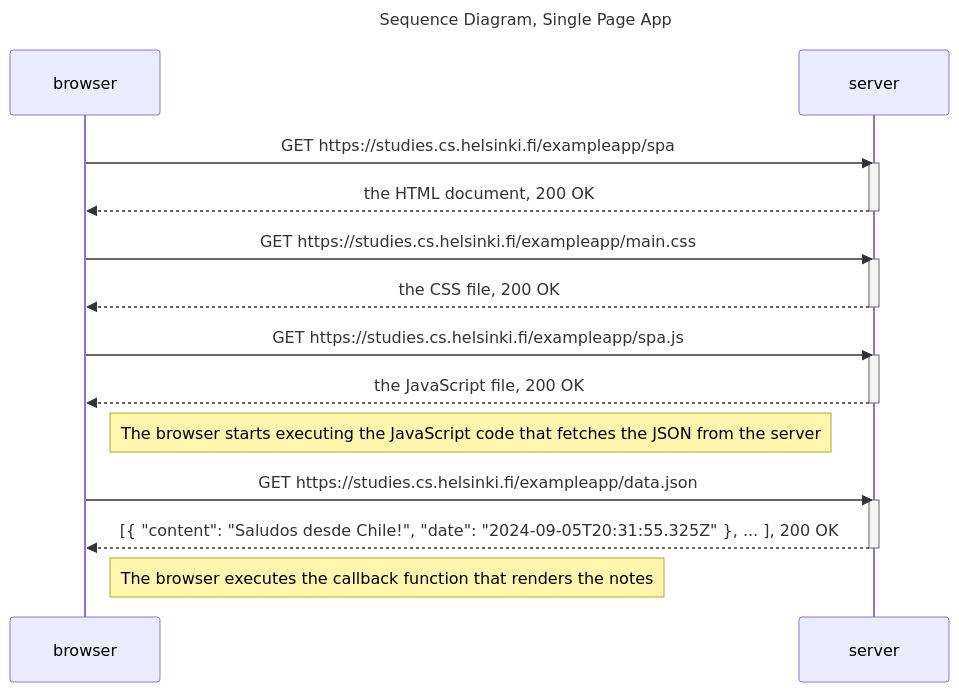
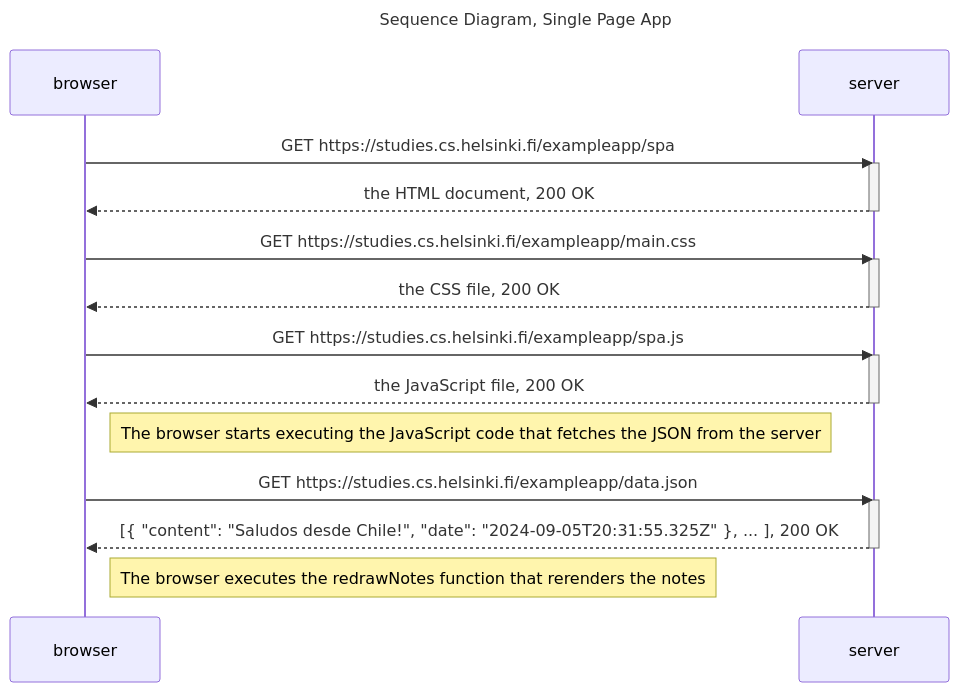
The diagram in osa0/0.5 Single Page App/sequenceDiagram_Singe_Page_app.md (Tuppu/FullStackOpen), drawn with Mermaid before and after one commit. The commit also changed 1 other file, not shown here.

Commit message:
minor fixes for 0.5

````diff
--- a/osa0/0.5 Single Page App/sequenceDiagram_Singe_Page_app.md
+++ b/osa0/0.5 Single Page App/sequenceDiagram_Singe_Page_app.md
@@ -3,32 +3,32 @@
 ```mermaid
 ---
 title: Sequence Diagram, Single Page App
 ---
 sequenceDiagram
     participant browser
     participant server
     
     browser->>server: GET https://studies.cs.helsinki.fi/exampleapp/spa
     activate server
     server-->>browser: the HTML document, 200 OK
     deactivate server
 
     browser->>server: GET https://studies.cs.helsinki.fi/exampleapp/main.css
     activate server
     server-->>browser: the CSS file, 200 OK
     deactivate server
     
     browser->>server: GET https://studies.cs.helsinki.fi/exampleapp/spa.js
     activate server
     server-->>browser: the JavaScript file, 200 OK
     deactivate server
     
     Note right of browser: The browser starts executing the JavaScript code that fetches the JSON from the server
     
     browser->>server: GET https://studies.cs.helsinki.fi/exampleapp/data.json
     activate server
     server-->>browser: [{ "content": "Saludos desde Chile!", "date": "2024-09-05T20:31:55.325Z" }, ... ], 200 OK
     deactivate server    
 
-    Note right of browser: The browser executes the callback function that renders the notes 
+    Note right of browser: The browser executes the redrawNotes function that rerenders the notes 
 ```
````
